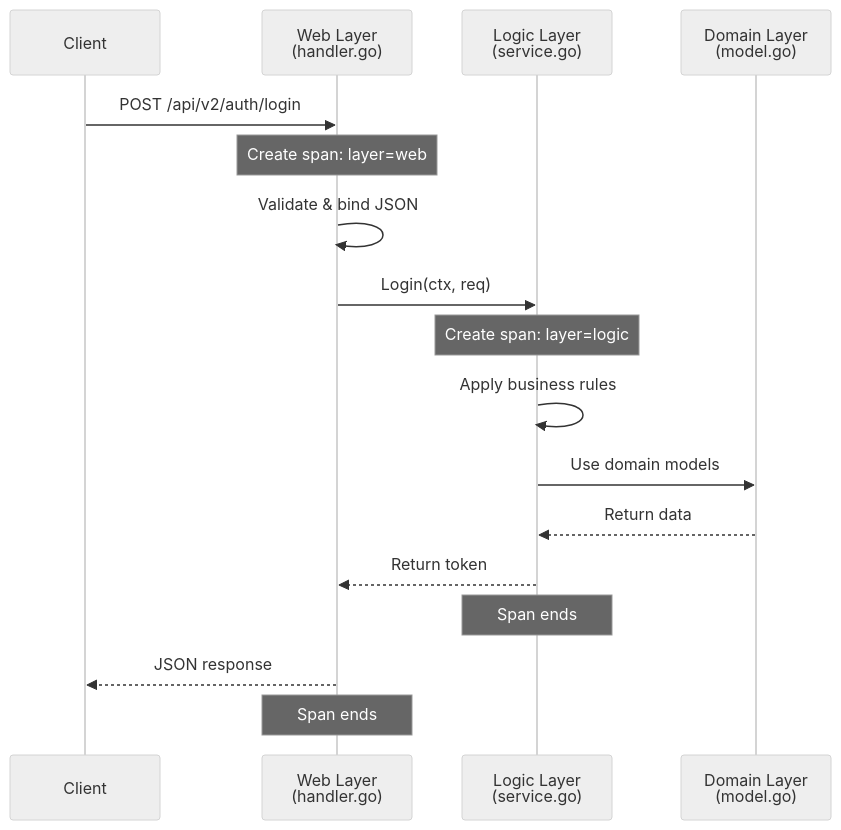
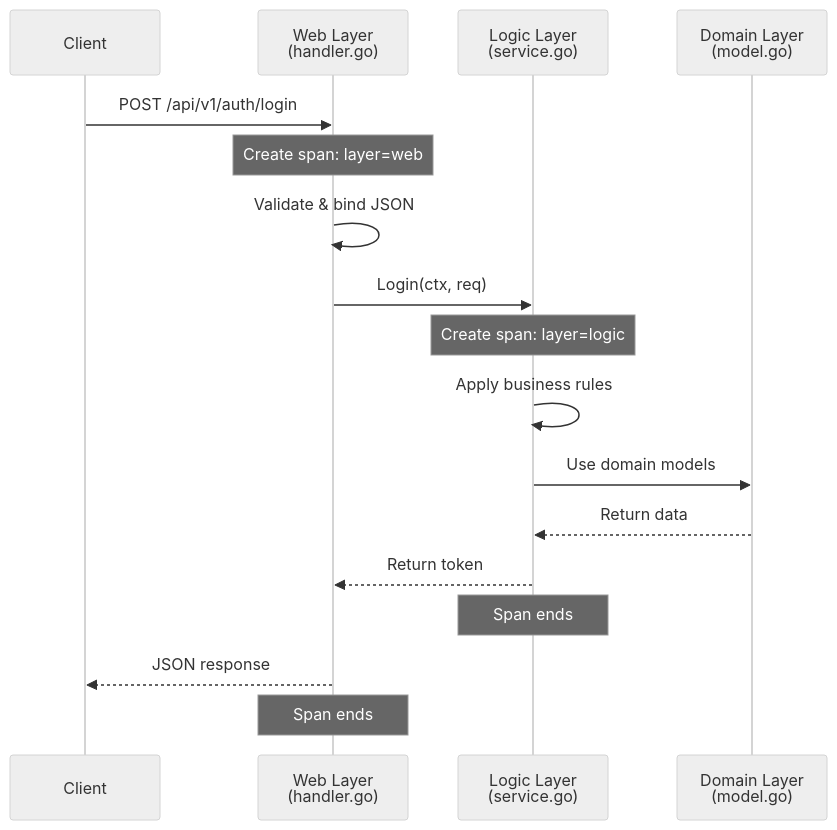
One commit to duynhlab/homelab changed the third of 4 diagrams in specs/system-context/02-microservices.md. Above: the diagram before and after it, drawn with Mermaid (neutral theme). The commit also changed other lines of this file and 57 other files, not shown here.

````diff
--- a/specs/system-context/02-microservices.md
+++ b/specs/system-context/02-microservices.md
@@ -247,20 +234,20 @@
 ```mermaid
 sequenceDiagram
     participant Client
     participant WebHandler as Web Layer<br/>(handler.go)
     participant LogicService as Logic Layer<br/>(service.go)
     participant Domain as Domain Layer<br/>(model.go)
 
-    Client->>WebHandler: POST /api/v2/auth/login
+    Client->>WebHandler: POST /api/v1/auth/login
     Note over WebHandler: Create span: layer=web
     WebHandler->>WebHandler: Validate & bind JSON
     WebHandler->>LogicService: Login(ctx, req)
     Note over LogicService: Create span: layer=logic
     LogicService->>LogicService: Apply business rules
     LogicService->>Domain: Use domain models
     Domain-->>LogicService: Return data
     LogicService-->>WebHandler: Return token
     Note over LogicService: Span ends
     WebHandler-->>Client: JSON response
     Note over WebHandler: Span ends
 ```
````
